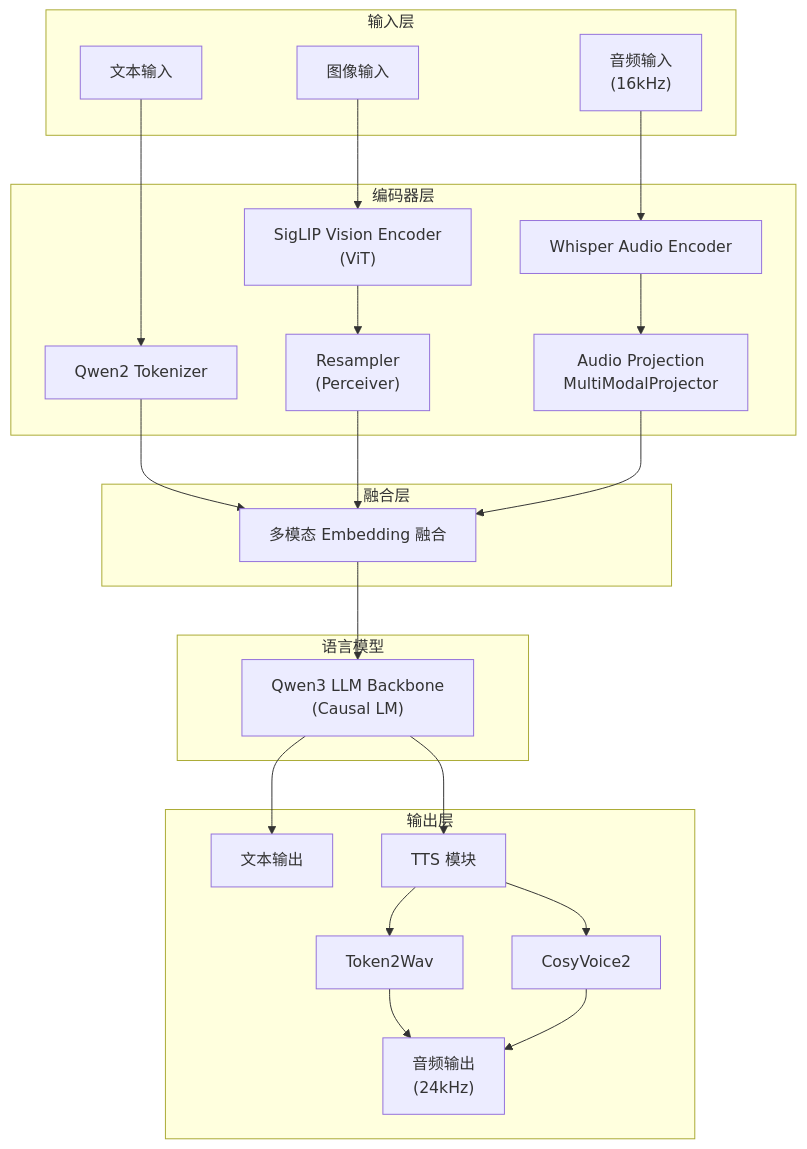
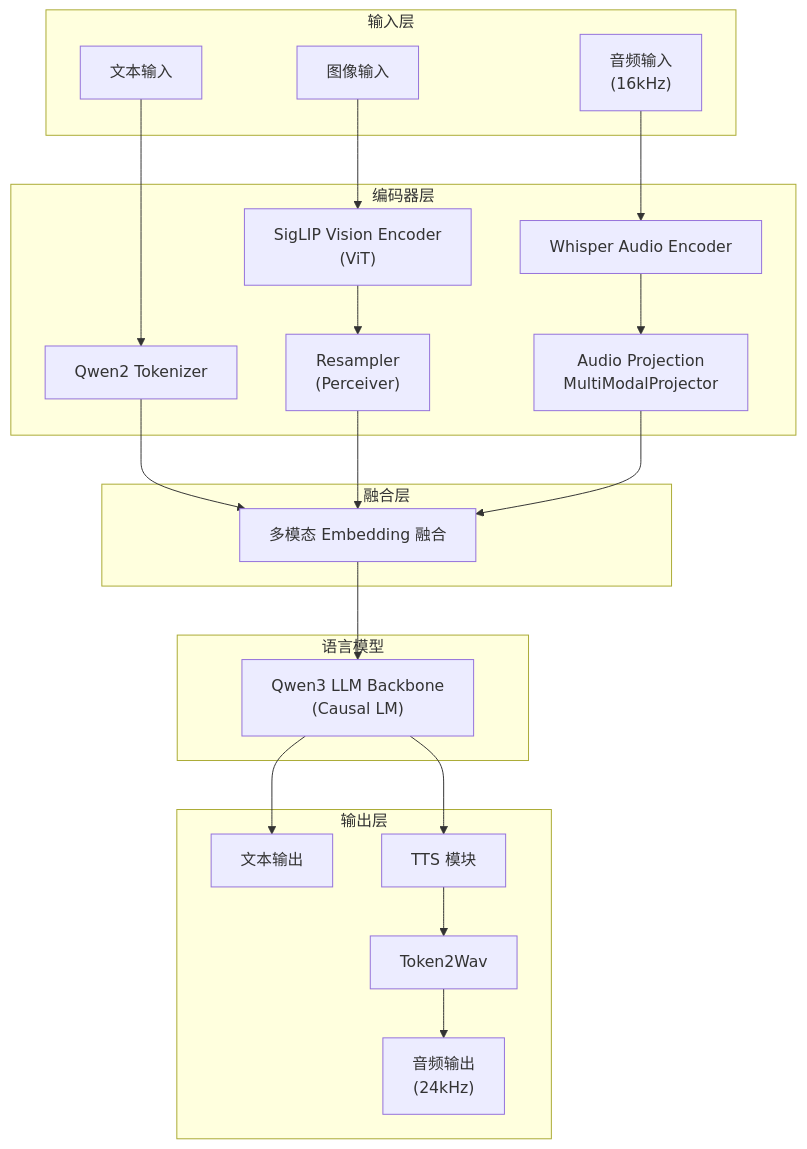
The first of 2 diagrams in docs/model.md (OpenBMB/minicpm-o-4_5-pytorch-simple-demo), drawn with Mermaid before and after one commit. The commit also changed other lines of this file and 27 other files, not shown here.

````diff
--- a/docs/model.md
+++ b/docs/model.md
@@ -25,41 +25,39 @@
 ```mermaid
 graph TB
     subgraph inputLayer [输入层]
         TextIn["文本输入"]
         ImageIn["图像输入"]
         AudioIn["音频输入\n(16kHz)"]
     end
 
     subgraph encoderLayer [编码器层]
         Tokenizer["Qwen2 Tokenizer"]
         VPM["SigLIP Vision Encoder\n(ViT)"]
         Resampler["Resampler\n(Perceiver)"]
         APM["Whisper Audio Encoder"]
         AudioProj["Audio Projection\nMultiModalProjector"]
     end
 
     subgraph fusionLayer [融合层]
         Embedding["多模态 Embedding 融合"]
     end
 
     subgraph llmLayer [语言模型]
         LLM["Qwen3 LLM Backbone\n(Causal LM)"]
     end
 
     subgraph outputLayer [输出层]
         TextOut["文本输出"]
         TTSBlock["TTS 模块"]
         T2W["Token2Wav"]
-        CV2["CosyVoice2"]
         AudioOut["音频输出\n(24kHz)"]
     end
 
     TextIn --> Tokenizer --> Embedding
     ImageIn --> VPM --> Resampler --> Embedding
     AudioIn --> APM --> AudioProj --> Embedding
     Embedding --> LLM
     LLM --> TextOut
     LLM --> TTSBlock
     TTSBlock --> T2W --> AudioOut
-    TTSBlock --> CV2 --> AudioOut
 ```
````
